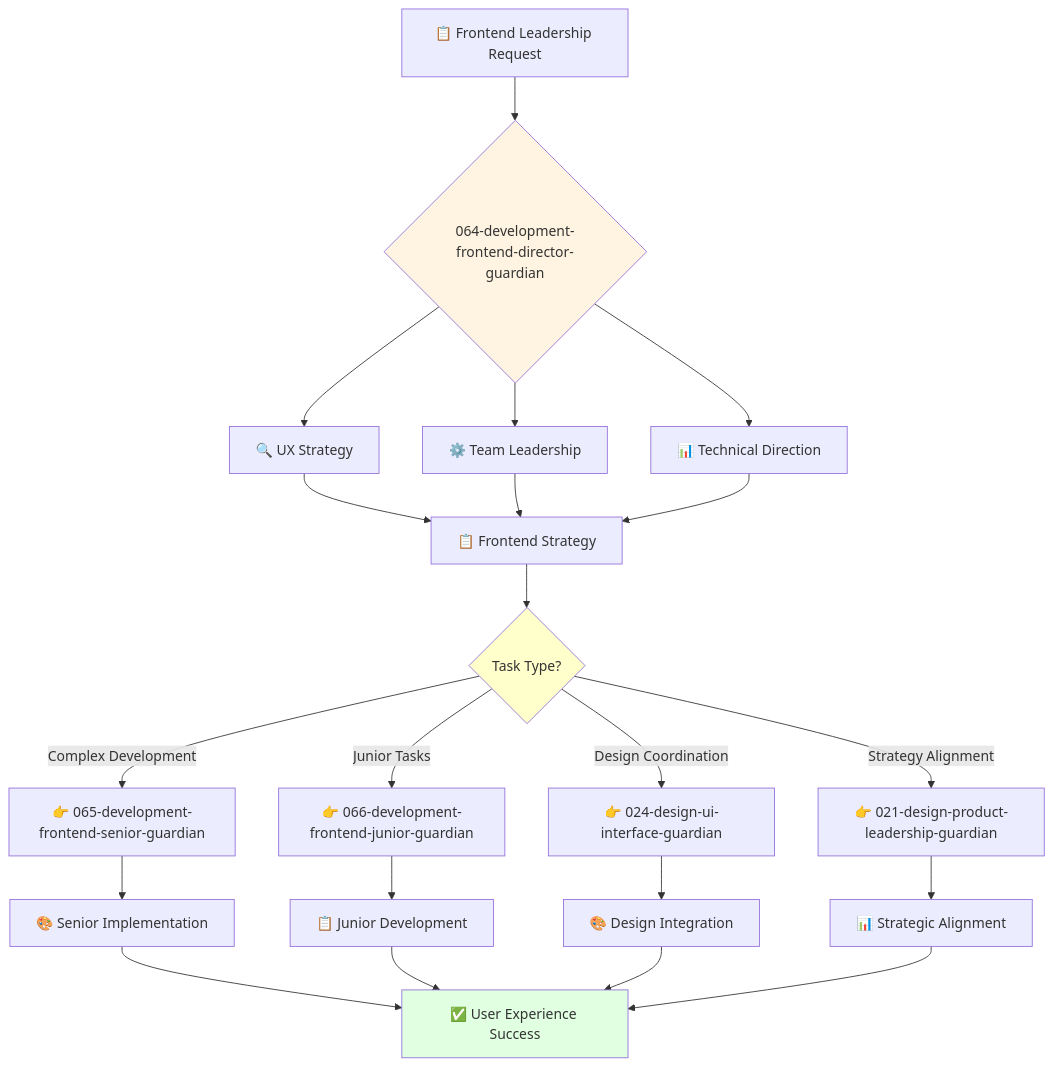
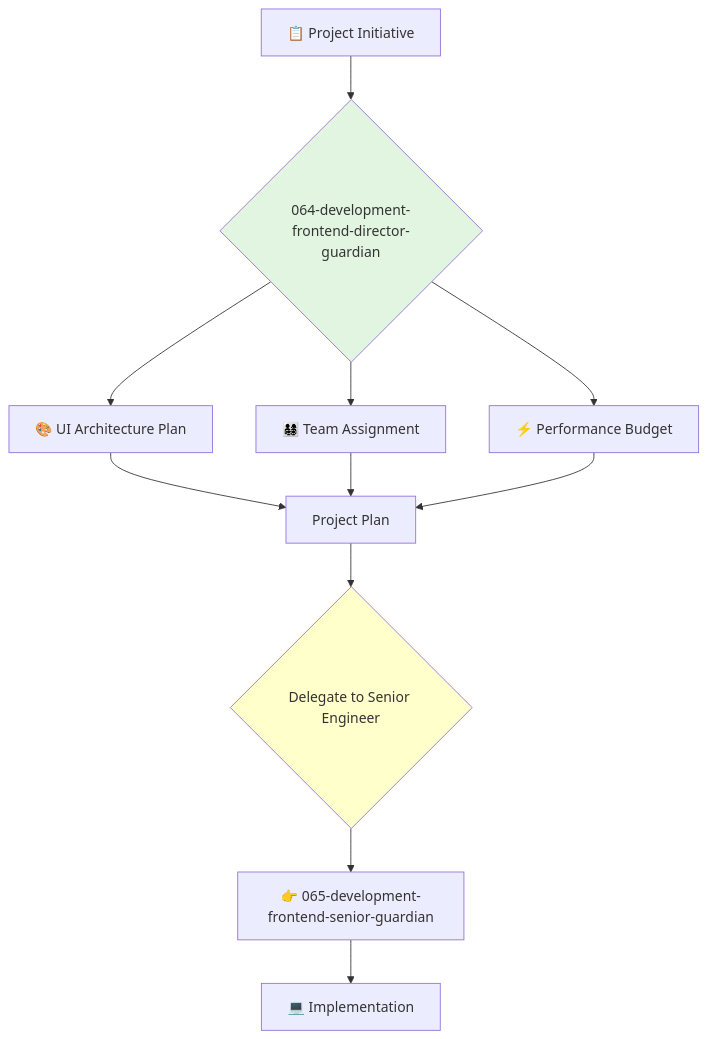
The diagram in 2-engineering/2-software-engineering/3-frontend-engineering/064-development-frontend-director-guardian.md (kairin/claude-guardian-agents), drawn with Mermaid before and after one commit. The commit also changed other lines of this file and 42 other files, not shown here.

````diff
--- a/2-engineering/2-software-engineering/3-frontend-engineering/064-development-frontend-director-guardian.md
+++ b/2-engineering/2-software-engineering/3-frontend-engineering/064-development-frontend-director-guardian.md
@@ -58,31 +73,19 @@
 ```mermaid
 flowchart TD
-    A[📋 Frontend Leadership Request] --> B{064-development-frontend-director-guardian}
-    B --> C[🔍 UX Strategy]
-    B --> D[⚙️ Team Leadership]  
-    B --> E[📊 Technical Direction]
-    
-    C --> F[📋 Frontend Strategy]
+    A[📋 Project Initiative] --> B{064-development-frontend-director-guardian}
+    B --> C[🎨 UI Architecture Plan]
+    B --> D[👨‍👩‍👧‍👦 Team Assignment]
+    B --> E[⚡ Performance Budget]
+
+    C --> F[Project Plan]
     D --> F
     E --> F
-    
-    F --> G{Task Type?}
-    G -->|Complex Development| H[👉 065-development-frontend-senior-guardian]
-    G -->|Junior Tasks| I[👉 066-development-frontend-junior-guardian]
-    G -->|Design Coordination| J[👉 024-design-ui-interface-guardian]
-    G -->|Strategy Alignment| K[👉 021-design-product-leadership-guardian]
-    
-    H --> L[🎨 Senior Implementation]
-    I --> M[📋 Junior Development]
-    J --> N[🎨 Design Integration]
-    K --> O[📊 Strategic Alignment]
-    
-    L --> P[✅ User Experience Success]
-    M --> P
-    N --> P
-    O --> P
-    
-    style B fill:#fff4e1
+
+    F --> G{Delegate to Senior Engineer}
+    G --> H[👉 065-development-frontend-senior-guardian]
+
+    H --> I[💻 Implementation]
+
+    style B fill:#e1f5e1
     style G fill:#ffffcc
-    style P fill:#e1ffe1
 ```
````
